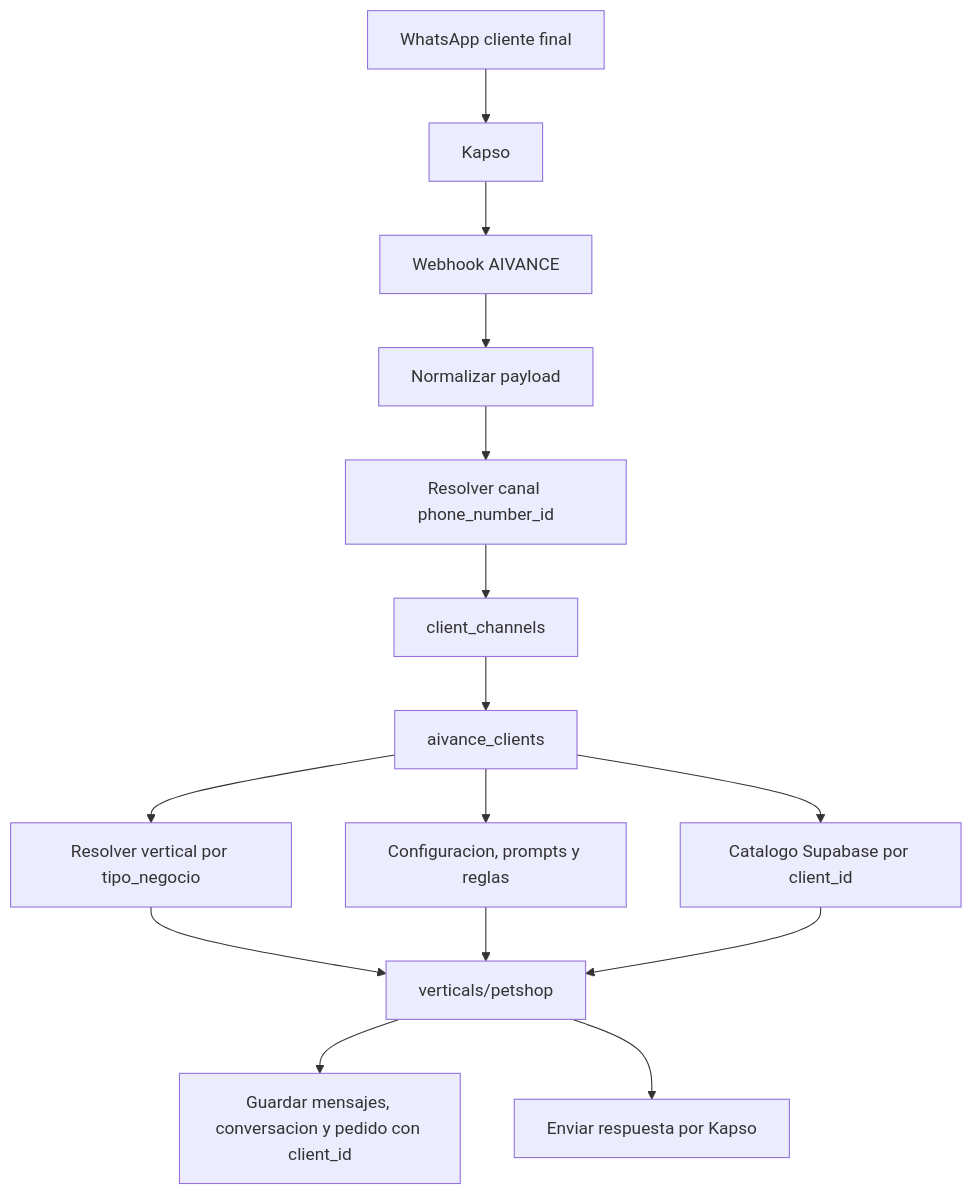
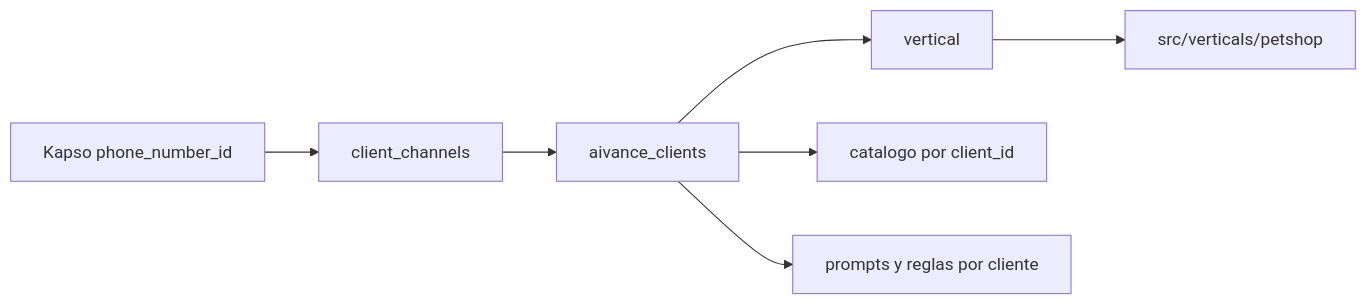
Before and after one commit to FGomezOspina/whatssappAI: the diagram in docs/aivance-multiempresa.md, drawn with Mermaid. The commit also changed other lines of this file and 6 other files, not shown here.

````diff
--- a/docs/aivance-multiempresa.md
+++ b/docs/aivance-multiempresa.md
@@ -64,17 +15,9 @@
 ```mermaid
-flowchart TD
-  A["WhatsApp cliente final"] --> B["Kapso"]
-  B --> C["Webhook AIVANCE"]
-  C --> D["Normalizar payload"]
-  D --> E["Resolver canal phone_number_id"]
-  E --> F["client_channels"]
-  F --> G["aivance_clients"]
-  G --> H["Configuracion, prompts y reglas"]
-  G --> V["Resolver vertical por tipo_negocio"]
-  G --> I["Catalogo Supabase por client_id"]
-  V --> J["verticals/petshop"]
-  H --> J
-  I --> J
-  J --> K["Guardar mensajes, conversacion y pedido con client_id"]
-  J --> L["Enviar respuesta por Kapso"]
+flowchart LR
+  A["Kapso phone_number_id"] --> B["client_channels"]
+  B --> C["aivance_clients"]
+  C --> D["vertical"]
+  D --> E["src/verticals/petshop"]
+  C --> F["catalogo por client_id"]
+  C --> G["prompts y reglas por cliente"]
 ```
````
